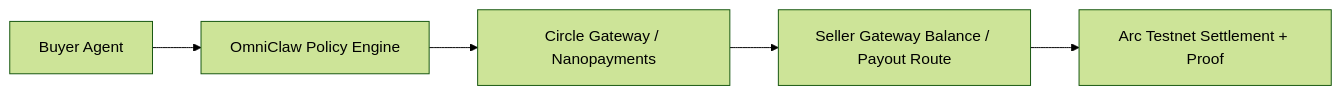
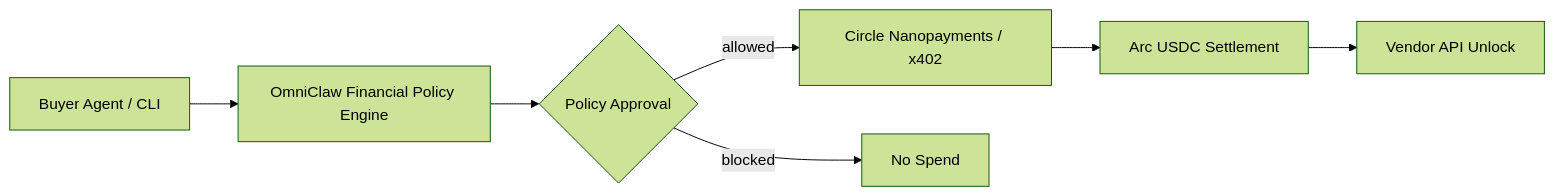
The first of 2 diagrams in README.md (anshitraj/omniclaw-hackathon), drawn with Mermaid (forest theme) before and after one commit. The commit also changed other lines of this file and 22 other files, not shown here.

Commit message:
Sharpen OmniClaw hackathon narrative and policy demo

````diff
--- a/README.md
+++ b/README.md
@@ -39,7 +69,9 @@
 ```mermaid
 flowchart LR
-    A[Buyer Agent] --> B[OmniClaw Policy Engine]
-    B --> C[Circle Gateway / Nanopayments]
-    C --> D[Seller Gateway Balance / Payout Route]
-    D --> E[Arc Testnet Settlement + Proof]
+    A[Buyer Agent / CLI] --> B[OmniClaw Financial Policy Engine]
+    B --> C{Policy Approval}
+    C -->|allowed| D[Circle Nanopayments / x402]
+    C -->|blocked| X[No Spend]
+    D --> E[Arc USDC Settlement]
+    E --> F[Vendor API Unlock]
 ```
````
